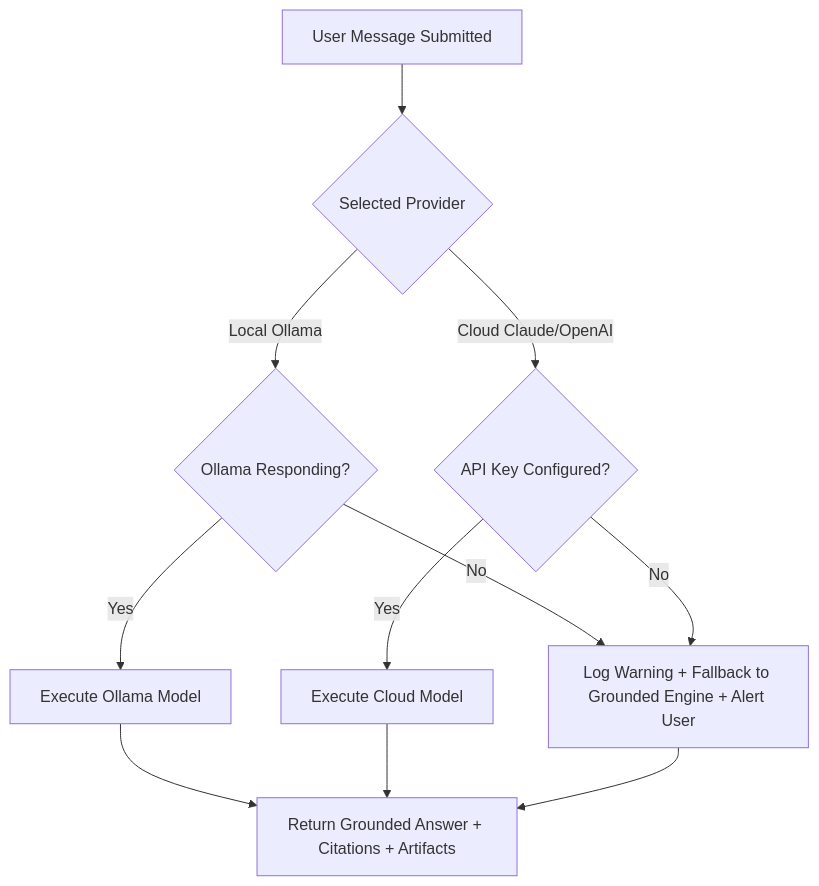
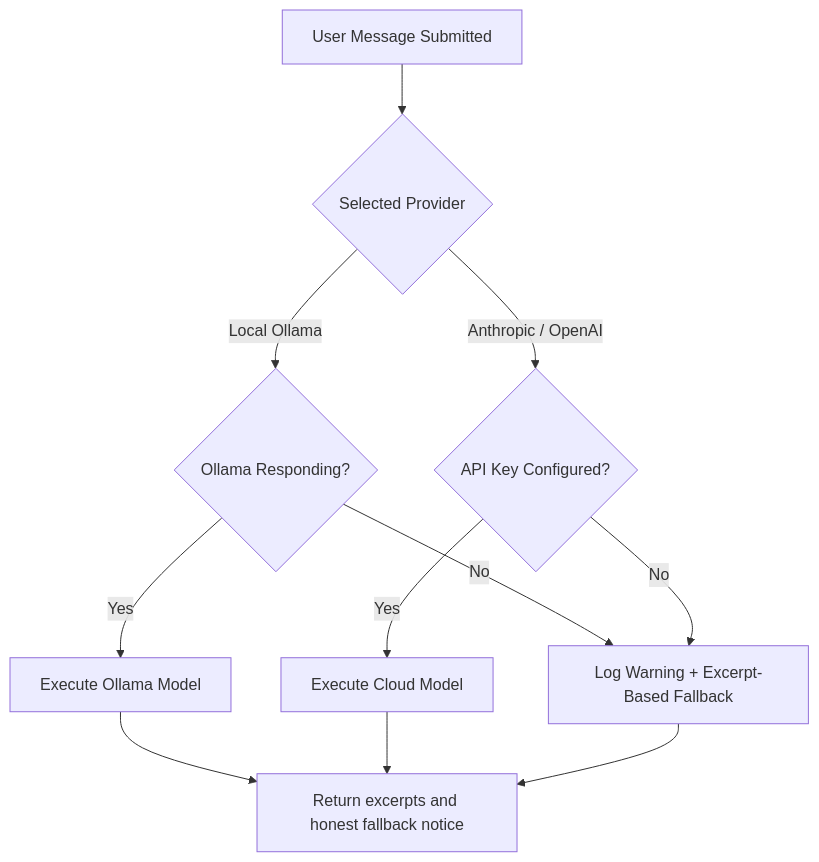
One commit to Shenbagapriyaa/Oogway_Task changed the third of 3 diagrams in architecture.md. Above: the diagram before and after it, drawn with Mermaid. The commit also changed other lines of this file and 34 other files, not shown here.

````diff
--- a/architecture.md
+++ b/architecture.md
@@ -136,16 +136,16 @@
 ```mermaid
 graph TD
     Start[User Message Submitted] --> CheckSelected{Selected Provider}
     
     CheckSelected -->|Local Ollama| PingOllama{Ollama Responding?}
     PingOllama -->|Yes| ExecOllama[Execute Ollama Model]
-    PingOllama -->|No| AutoFallback[Log Warning + Fallback to Grounded Engine + Alert User]
+    PingOllama -->|No| AutoFallback[Log Warning + Excerpt-Based Fallback]
     
-    CheckSelected -->|Cloud Claude/OpenAI| CheckKey{API Key Configured?}
+    CheckSelected -->|Anthropic / OpenAI| CheckKey{API Key Configured?}
     CheckKey -->|Yes| ExecCloud[Execute Cloud Model]
     CheckKey -->|No| AutoFallback
     
     ExecOllama --> Render[Return Grounded Answer + Citations + Artifacts]
     ExecCloud --> Render
-    AutoFallback --> Render
+    AutoFallback --> Render[Return excerpts and honest fallback notice]
 ```
````
